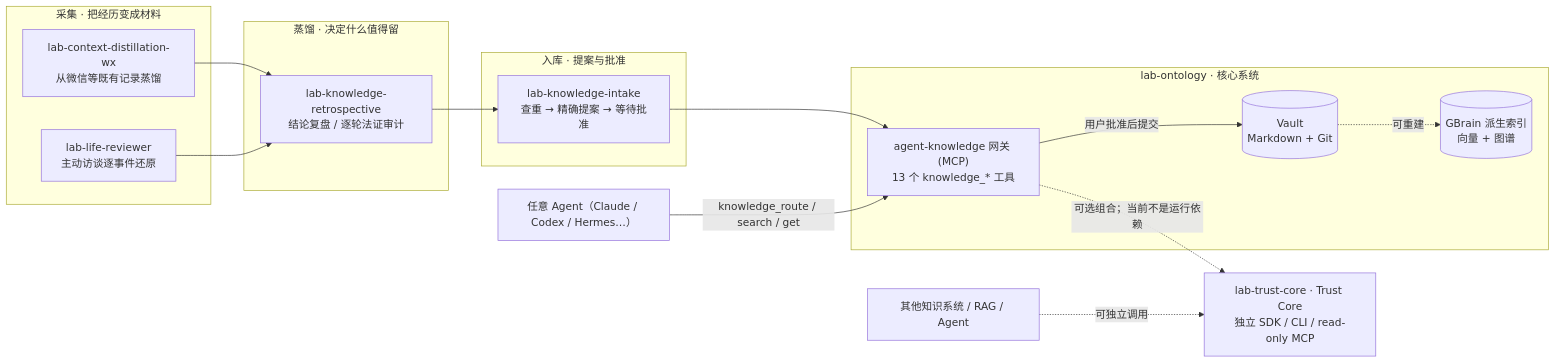
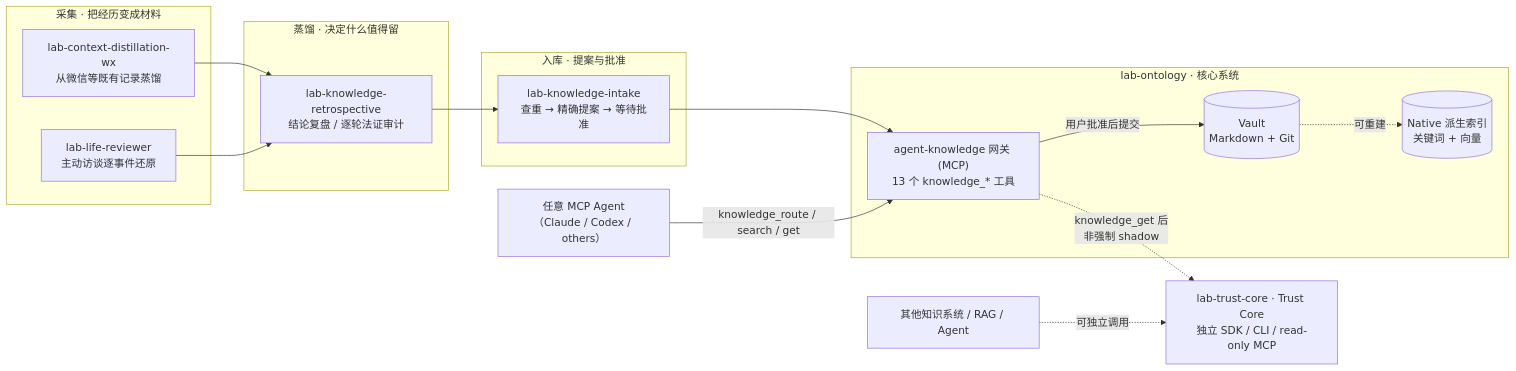
The diagram in README.md (haorantang97/Personal-Ontology), drawn with Mermaid before and after one commit. The commit also changed other lines of this file and 51 other files, not shown here.

Commit message:
feat(ontology): publish native-only agent knowledge 1.8

````diff
--- a/README.md
+++ b/README.md
@@ -30,28 +30,28 @@
 ```mermaid
 flowchart LR
     subgraph Collect["采集 · 把经历变成材料"]
         CD["lab-context-distillation-wx<br/>从微信等既有记录蒸馏"]
         LR["lab-life-reviewer<br/>主动访谈逐事件还原"]
     end
     subgraph Distil["蒸馏 · 决定什么值得留"]
         KR["lab-knowledge-retrospective<br/>结论复盘 / 逐轮法证审计"]
     end
     subgraph File["入库 · 提案与批准"]
         KI["lab-knowledge-intake<br/>查重 → 精确提案 → 等待批准"]
     end
     subgraph System["lab-ontology · 核心系统"]
         GW["agent-knowledge 网关 (MCP)<br/>13 个 knowledge_* 工具"]
         V[("Vault<br/>Markdown + Git")]
-        IX[("GBrain 派生索引<br/>向量 + 图谱")]
+        IX[("Native 派生索引<br/>关键词 + 向量")]
     end
     CD --> KR
     LR --> KR
     KR --> KI
     KI --> GW
     GW -- "用户批准后提交" --> V
     V -. "可重建" .-> IX
-    AG["任意 Agent（Claude / Codex / Hermes…）"] -- "knowledge_route / search / get" --> GW
+    AG["任意 MCP Agent（Claude / Codex / others）"] -- "knowledge_route / search / get" --> GW
     TC["lab-trust-core · Trust Core<br/>独立 SDK / CLI / read-only MCP"]
-    GW -. "可选组合；当前不是运行依赖" .-> TC
+    GW -. "knowledge_get 后<br/>非强制 shadow" .-> TC
     EXT["其他知识系统 / RAG / Agent"] -. "可独立调用" .-> TC
 ```
````
